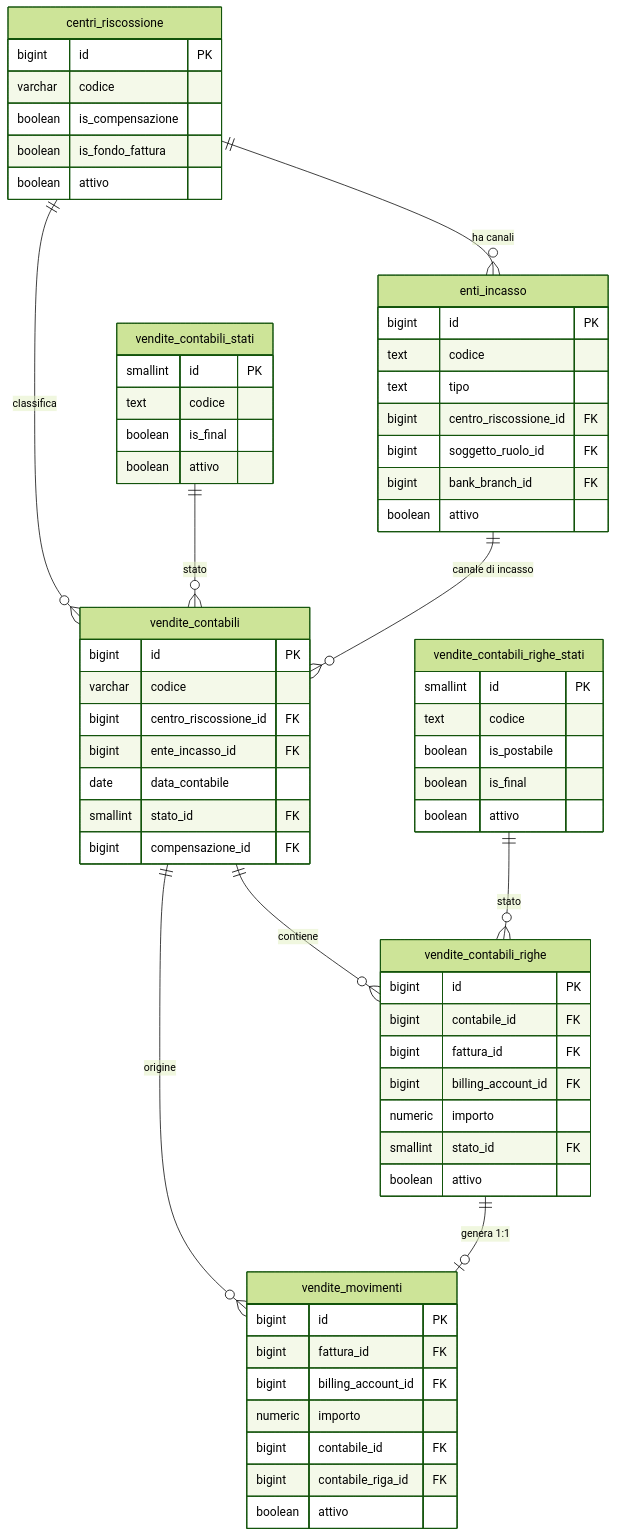
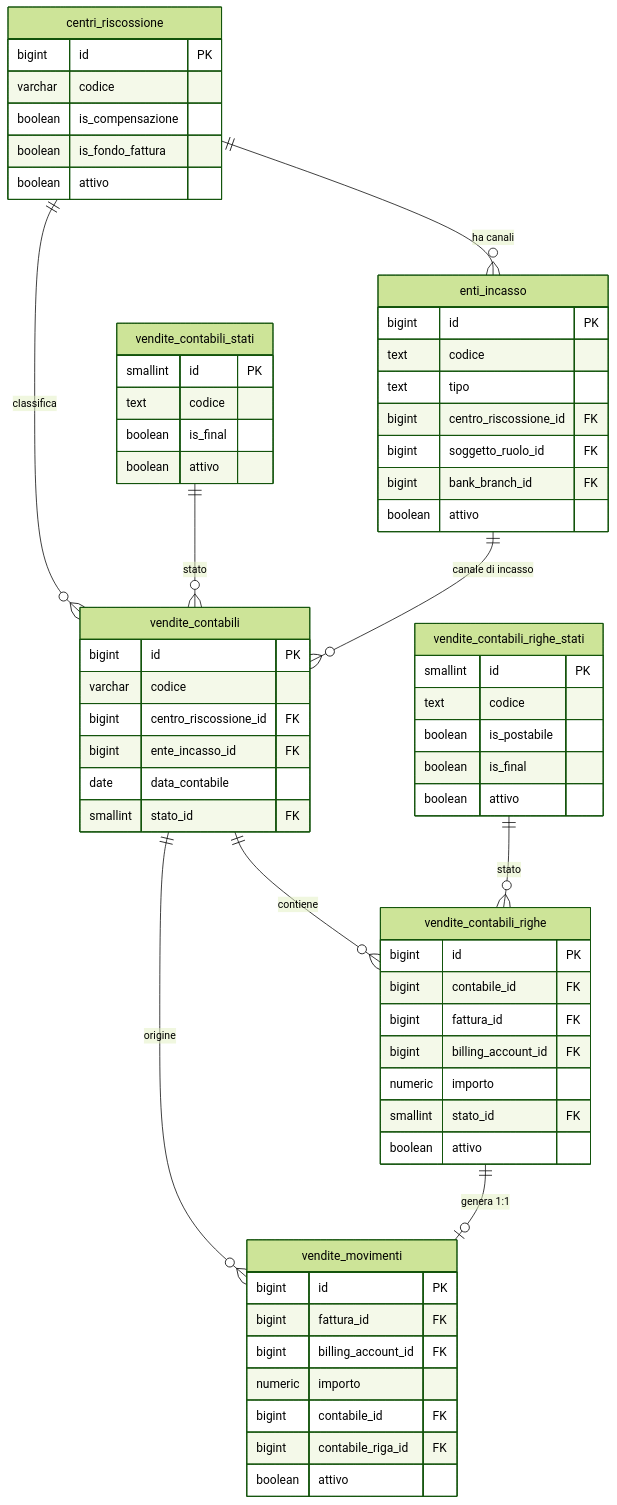
The second of 3 diagrams in docs/it/guide/gestione-dei-pagamenti.md (Tito-it/ZeroErp), drawn with Mermaid (forest theme) before and after one commit. The commit also changed other lines of this file and 60 other files, not shown here.

````diff
--- a/docs/it/guide/gestione-dei-pagamenti.md
+++ b/docs/it/guide/gestione-dei-pagamenti.md
@@ -987,74 +1036,73 @@
 ```mermaid
 erDiagram
     centri_riscossione {
         bigint id PK
         varchar codice
         boolean is_compensazione
         boolean is_fondo_fattura
         boolean attivo
     }
 
     enti_incasso {
         bigint id PK
         text codice
         text tipo
         bigint centro_riscossione_id FK
         bigint soggetto_ruolo_id FK
         bigint bank_branch_id FK
         boolean attivo
     }
 
     vendite_contabili {
         bigint id PK
         varchar codice
         bigint centro_riscossione_id FK
         bigint ente_incasso_id FK
         date data_contabile
         smallint stato_id FK
-        bigint compensazione_id FK
     }
 
     vendite_contabili_righe {
         bigint id PK
         bigint contabile_id FK
         bigint fattura_id FK
         bigint billing_account_id FK
         numeric importo
         smallint stato_id FK
         boolean attivo
     }
 
     vendite_movimenti {
         bigint id PK
         bigint fattura_id FK
         bigint billing_account_id FK
         numeric importo
         bigint contabile_id FK
         bigint contabile_riga_id FK
         boolean attivo
     }
 
     vendite_contabili_stati {
         smallint id PK
         text codice
         boolean is_final
         boolean attivo
     }
 
     vendite_contabili_righe_stati {
         smallint id PK
         text codice
         boolean is_postabile
         boolean is_final
         boolean attivo
     }
 
     centri_riscossione ||--o{ enti_incasso : "ha canali"
     centri_riscossione ||--o{ vendite_contabili : "classifica"
     enti_incasso ||--o{ vendite_contabili : "canale di incasso"
     vendite_contabili_stati ||--o{ vendite_contabili : "stato"
     vendite_contabili ||--o{ vendite_contabili_righe : "contiene"
     vendite_contabili_righe_stati ||--o{ vendite_contabili_righe : "stato"
     vendite_contabili_righe ||--o| vendite_movimenti : "genera 1:1"
     vendite_contabili ||--o{ vendite_movimenti : "origine"
 ```
````
